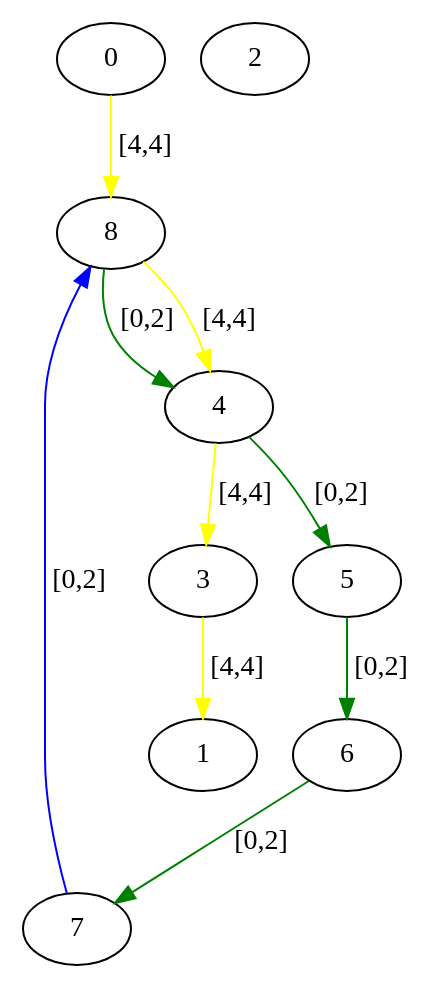
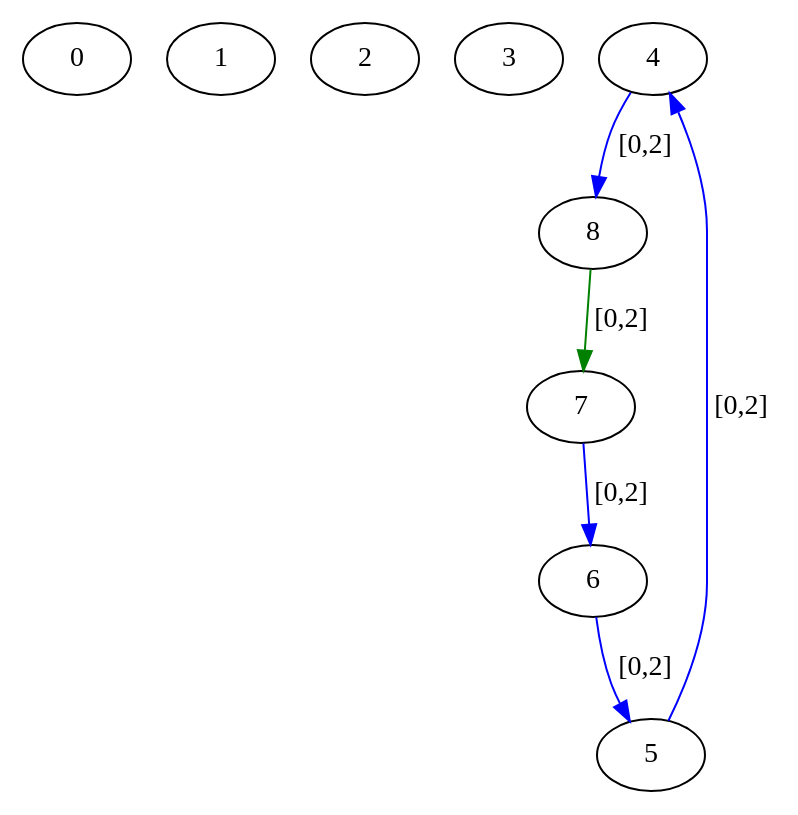
The diagram in src/assignedGraphs/assigned.dot (Hebbe1234/ExpectAll), drawn with Graphviz before and after one commit. The commit also changed 5 other files, not shown here.

```diff
--- a/src/assignedGraphs/assigned.dot
+++ b/src/assignedGraphs/assigned.dot
@@ -1,20 +1,16 @@
 digraph  {
-0 [Country="United States", Internal=1, Latitude="42.37843", Longitude="-71.11644", id=0, label=0];
-1 [Country="United States", Internal=1, Latitude="37.45383", Longitude="-122.18219", id=1, label=1];
-2 [Country="United States", Internal=1, Latitude="34.42083", Longitude="-119.69819", id=2, label=2];
-3 [Country="United States", Internal=1, Latitude="34.05223", Longitude="-118.24368", id=3, label=3];
-4 [Country="United States", Internal=1, Latitude="34.01945", Longitude="-118.49119", id=4, label=4];
-5 [Country="United States", Internal=1, Latitude="34.01945", Longitude="-118.49119", id=5, label=5];
-6 [Country="United States", Internal=1, Latitude="40.76078", Longitude="-111.89105", id=6, label=6];
-7 [Country="United States", Internal=1, Latitude="42.35954", Longitude="-71.09172", id=7, label=7];
-8 [Country="United States", Internal=1, Latitude="42.3751", Longitude="-71.10561", id=8, label=8];
-0 -> 8  [color=yellow, key=0, label="[4,4]"];
-3 -> 1  [color=yellow, key=0, label="[4,4]"];
-4 -> 5  [color=green, key=0, label="[0,2]"];
-4 -> 3  [color=yellow, key=0, label="[4,4]"];
-5 -> 6  [color=green, key=0, label="[0,2]"];
-6 -> 7  [color=green, key=0, label="[0,2]"];
-7 -> 8  [color=blue, key=0, label="[0,2]"];
-8 -> 4  [color=green, key=0, label="[0,2]"];
-8 -> 4  [color=yellow, key=1, label="[4,4]"];
+0 [Country="United States", Internal=1, Latitude="42.37843", Longitude="-71.11644", label=0];
+1 [Country="United States", Internal=1, Latitude="37.45383", Longitude="-122.18219", label=1];
+2 [Country="United States", Internal=1, Latitude="34.42083", Longitude="-119.69819", label=2];
+3 [Country="United States", Internal=1, Latitude="34.05223", Longitude="-118.24368", label=3];
+4 [Country="United States", Internal=1, Latitude="34.01945", Longitude="-118.49119", label=4];
+5 [Country="United States", Internal=1, Latitude="34.01945", Longitude="-118.49119", label=5];
+6 [Country="United States", Internal=1, Latitude="40.76078", Longitude="-111.89105", label=6];
+7 [Country="United States", Internal=1, Latitude="42.35954", Longitude="-71.09172", label=7];
+8 [Country="United States", Internal=1, Latitude="42.3751", Longitude="-71.10561", label=8];
+4 -> 8  [color=blue, key=0, label="[0,2]"];
+5 -> 4  [color=blue, key=0, label="[0,2]"];
+6 -> 5  [color=blue, key=0, label="[0,2]"];
+7 -> 6  [color=blue, key=0, label="[0,2]"];
+8 -> 7  [color=green, key=0, label="[0,2]"];
 }
```
